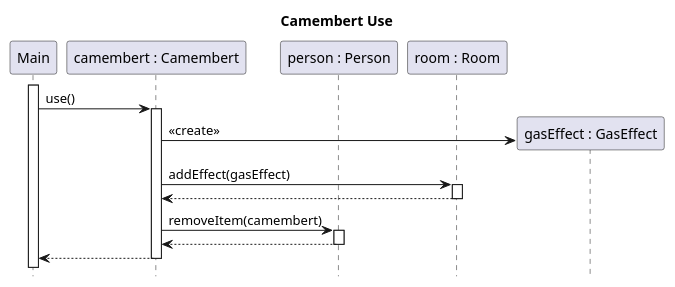
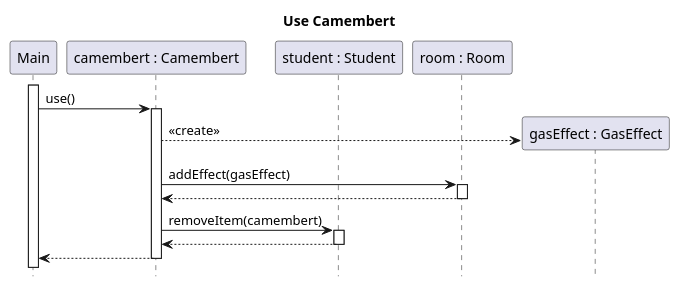
One commit to sn4k3ch4rm3r/logarlec changed the diagram in docs/diagrams/test-sequence/student-use-camebert.puml. Above: the diagram before and after it, drawn with PlantUML. The commit also changed 15 other files, not shown here.

Commit message:
Sequence diagram consistency

```diff
--- a/docs/diagrams/test-sequence/student-use-camebert.puml
+++ b/docs/diagrams/test-sequence/student-use-camebert.puml
@@ -1,22 +1,22 @@
 @startuml student-use-camebert
 
-title Camembert Use
+title Use Camembert
 hide footbox
 
 participant Main
 participant "camembert : Camembert" as camembert
-participant "person : Person" as person
+participant "student : Student" as student
 participant "room : Room" as room
 
 activate Main
 Main -> camembert ++: use()
 
 	create "gasEffect : GasEffect" as gasEffect
-	camembert -> gasEffect : <<create>>
+	camembert --> gasEffect : <<create>>
 	camembert -> room ++: addEffect(gasEffect)
 	return
-	camembert -> person ++: removeItem(camembert)
+	camembert -> student ++: removeItem(camembert)
 	return
 return
 
 @enduml
```
